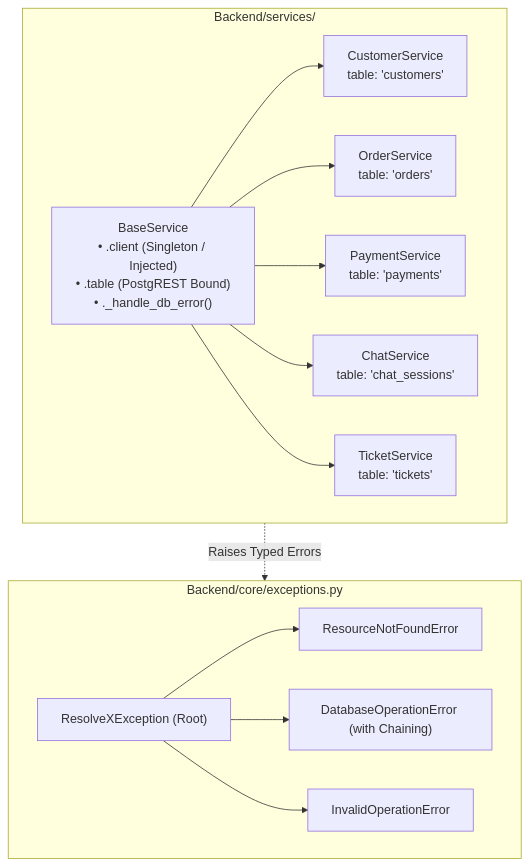
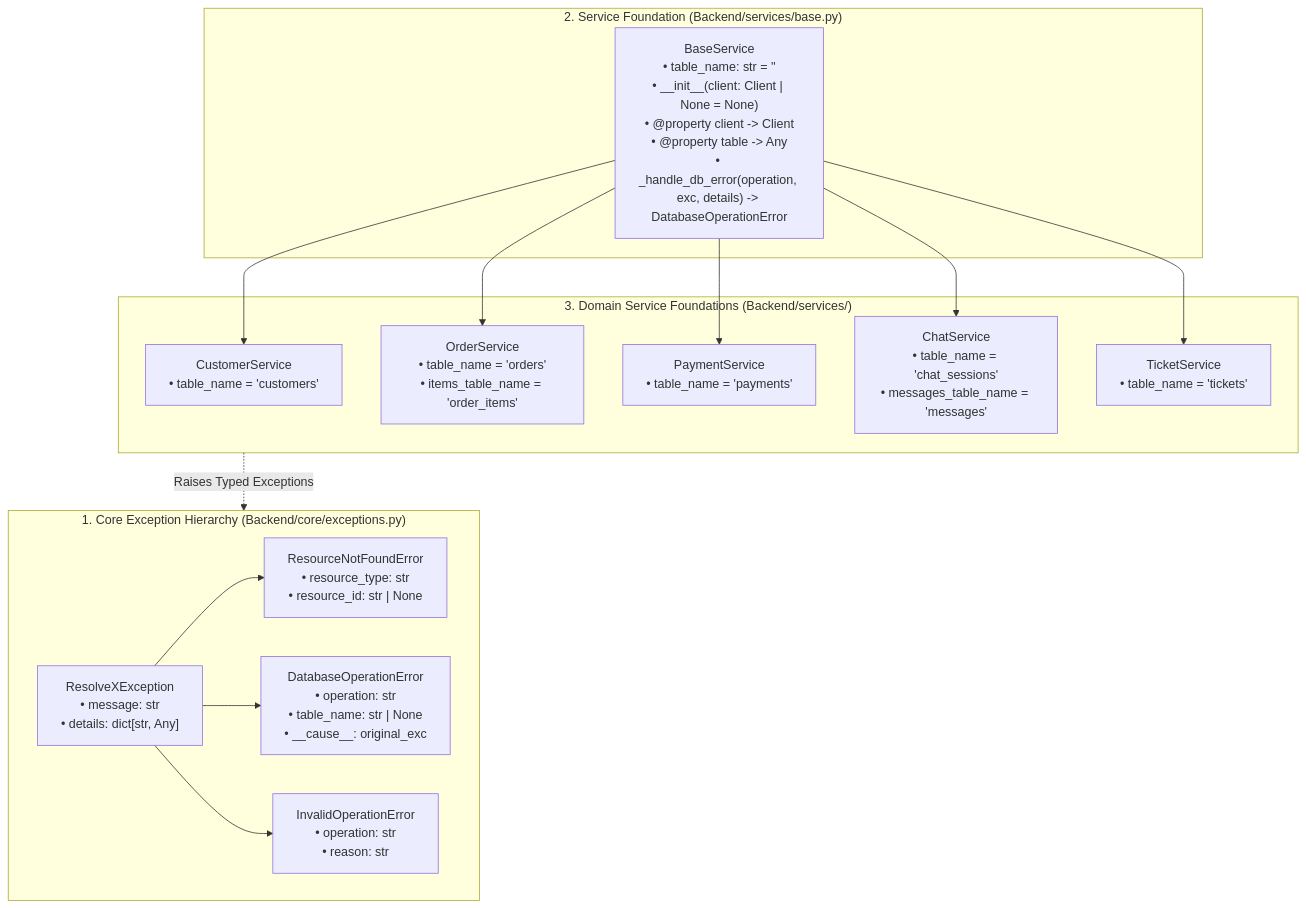
The fourth of 6 diagrams in docs/implementation_guide.md (princeVerma73/ResolveX), drawn with Mermaid before and after one commit. The commit also changed other lines of this file, not shown here.

Commit message:
docs: add comprehensive implementation guide tracking project roadmap, database schema, and service architecture

````diff
--- a/docs/implementation_guide.md
+++ b/docs/implementation_guide.md
@@ -273,31 +275,33 @@
 ```mermaid
 flowchart TD
-    subgraph CoreExceptions ["Backend/core/exceptions.py"]
-        BaseExc["ResolveXException (Root)"]
-        NotFound["ResourceNotFoundError"]
-        DBErr["DatabaseOperationError (with Chaining)"]
-        InvalidOp["InvalidOperationError"]
+    subgraph CoreExceptionsLayer ["1. Core Exception Hierarchy (Backend/core/exceptions.py)"]
+        BaseExc["ResolveXException\n• message: str\n• details: dict[str, Any]"]
+        NotFound["ResourceNotFoundError\n• resource_type: str\n• resource_id: str | None"]
+        DBErr["DatabaseOperationError\n• operation: str\n• table_name: str | None\n• __cause__: original_exc"]
+        InvalidOp["InvalidOperationError\n• operation: str\n• reason: str"]
         
         BaseExc --> NotFound
         BaseExc --> DBErr
         BaseExc --> InvalidOp
     end
 
-    subgraph ServiceFoundation ["Backend/services/"]
-        BaseSvc["BaseService\n• .client (Singleton / Injected)\n• .table (PostgREST Bound)\n• ._handle_db_error()"]
-        
-        CustSvc["CustomerService\ntable: 'customers'"]
-        OrdSvc["OrderService\ntable: 'orders'"]
-        PaySvc["PaymentService\ntable: 'payments'"]
-        ChatSvc["ChatService\ntable: 'chat_sessions'"]
-        TickSvc["TicketService\ntable: 'tickets'"]
+    subgraph BaseServiceLayer ["2. Service Foundation (Backend/services/base.py)"]
+        BaseSvc["BaseService\n• table_name: str = ''\n• __init__(client: Client | None = None)\n• @property client -> Client\n• @property table -> Any\n• _handle_db_error(operation, exc, details) -> DatabaseOperationError"]
+    end
+
+    subgraph DomainServices ["3. Domain Service Foundations (Backend/services/)"]
+        CustSvc["CustomerService\n• table_name = 'customers'"]
+        OrdSvc["OrderService\n• table_name = 'orders'\n• items_table_name = 'order_items'"]
+        PaySvc["PaymentService\n• table_name = 'payments'"]
+        ChatSvc["ChatService\n• table_name = 'chat_sessions'\n• messages_table_name = 'messages'"]
+        TickSvc["TicketService\n• table_name = 'tickets'"]
         
         BaseSvc --> CustSvc
         BaseSvc --> OrdSvc
         BaseSvc --> PaySvc
         BaseSvc --> ChatSvc
         BaseSvc --> TickSvc
     end
 
-    ServiceFoundation -.->|Raises Typed Errors| CoreExceptions
+    DomainServices -.->|Raises Typed Exceptions| CoreExceptionsLayer
 ```
````
